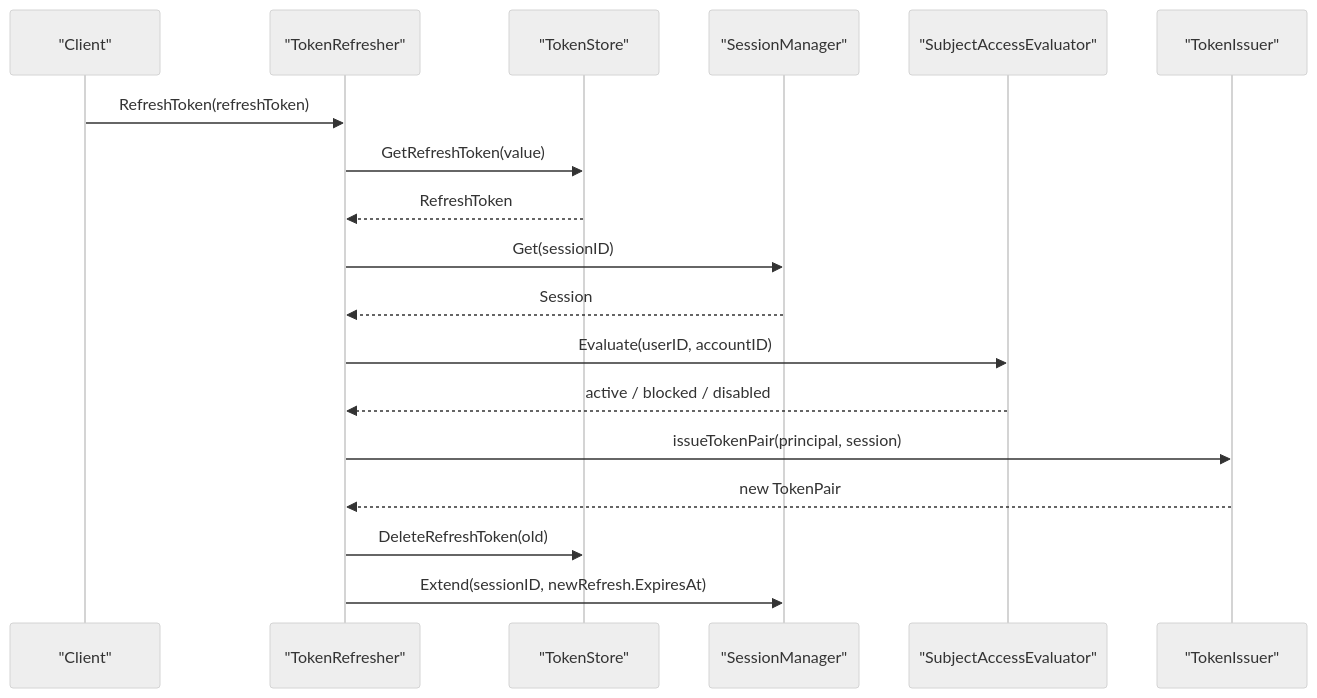
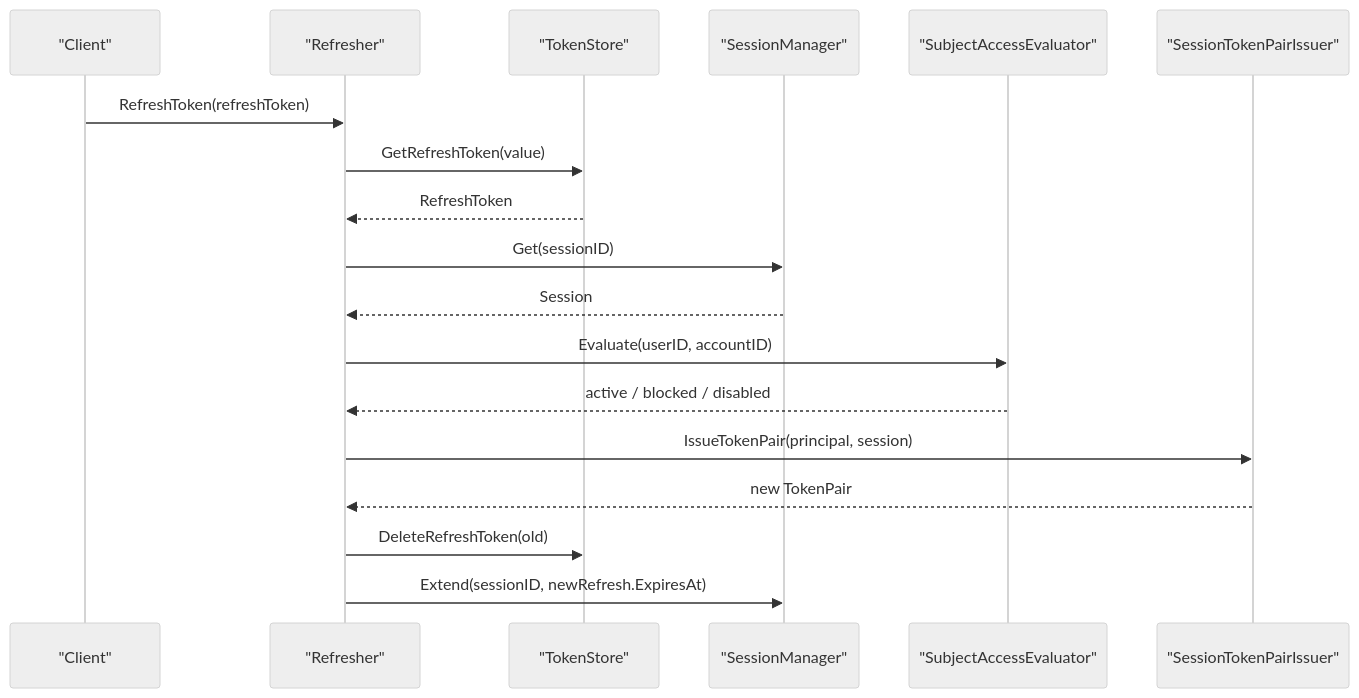
Before and after one commit to FangcunMount/iam: the fourth of 4 diagrams in docs/07-专题分析/03-为什么AuthN需要Session与RefreshToken.md, drawn with Mermaid (neutral theme). The commit also changed other lines of this file and 18 other files, not shown here.

````diff
--- a/docs/07-专题分析/03-为什么AuthN需要Session与RefreshToken.md
+++ b/docs/07-专题分析/03-为什么AuthN需要Session与RefreshToken.md
@@ -661,21 +665,21 @@
 ```mermaid
 sequenceDiagram
     participant Client as "Client"
-    participant Refresher as "TokenRefresher"
+    participant Refresher as "Refresher"
     participant Store as "TokenStore"
     participant Session as "SessionManager"
     participant Access as "SubjectAccessEvaluator"
-    participant Issuer as "TokenIssuer"
+    participant PairIssuer as "SessionTokenPairIssuer"
 
     Client->>Refresher: RefreshToken(refreshToken)
     Refresher->>Store: GetRefreshToken(value)
     Store-->>Refresher: RefreshToken
     Refresher->>Session: Get(sessionID)
     Session-->>Refresher: Session
     Refresher->>Access: Evaluate(userID, accountID)
     Access-->>Refresher: active / blocked / disabled
-    Refresher->>Issuer: issueTokenPair(principal, session)
-    Issuer-->>Refresher: new TokenPair
+    Refresher->>PairIssuer: IssueTokenPair(principal, session)
+    PairIssuer-->>Refresher: new TokenPair
     Refresher->>Store: DeleteRefreshToken(old)
     Refresher->>Session: Extend(sessionID, newRefresh.ExpiresAt)
 ```
````
